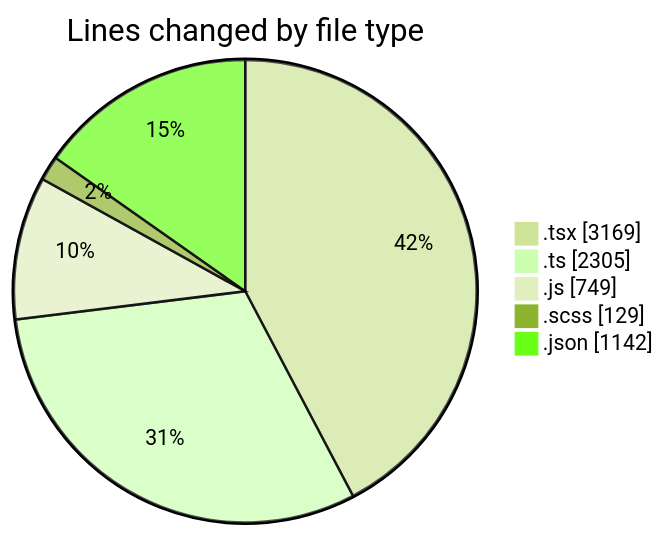
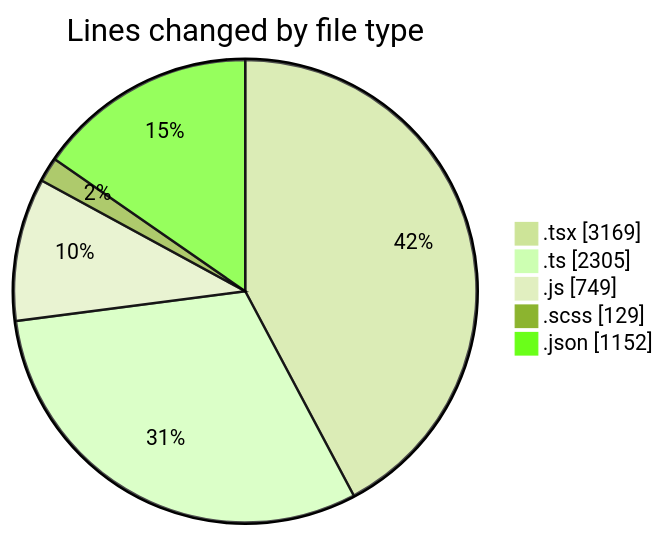
One commit to momahboobian/code-tracking changed the first of 2 diagrams in 2026-06-15/cda/README.md. Above: the diagram before and after it, drawn with Mermaid (forest theme). The commit also changed other lines of this file and 1 other file, not shown here.

````diff
--- a/2026-06-15/cda/README.md
+++ b/2026-06-15/cda/README.md
@@ -62,9 +62,9 @@
 ```mermaid
 pie showData
 title Lines changed by file type
 ".tsx" : 3169
 ".ts" : 2305
 ".js" : 749
 ".scss" : 129
-".json" : 1142
+".json" : 1152
 ```
````
